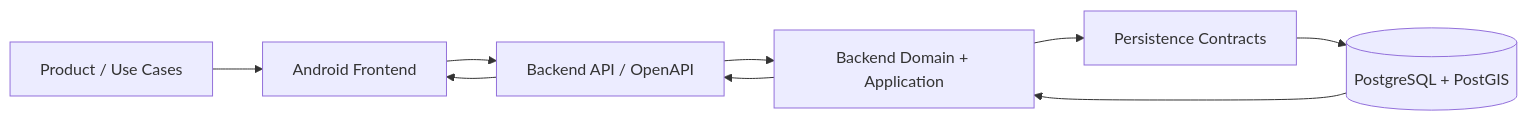
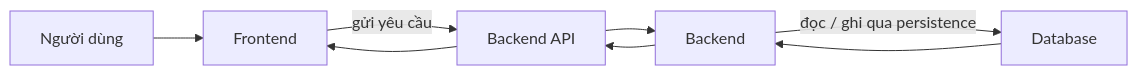
Before and after one commit to Danh20100/moibile_app: the second of 2 diagrams in docs/contexts/README.md, drawn with Mermaid. The commit also changed other lines of this file and 9 other files, not shown here.

````diff
--- a/docs/contexts/README.md
+++ b/docs/contexts/README.md
@@ -49,11 +66,10 @@
 ```mermaid
 flowchart LR
-    P[Product / Use Cases] --> FE[Android Frontend]
-    FE --> API[Backend API / OpenAPI]
-    API --> BE[Backend Domain + Application]
-    BE --> PORT[Persistence Contracts]
-    PORT --> DB[(PostgreSQL + PostGIS)]
+    U["Người dùng"] --> FE["Frontend"]
+    FE -->|"gửi yêu cầu"| API["Backend API"]
+    API --> BE["Backend"]
+    BE -->|"đọc / ghi qua persistence"| DB["Database"]
     DB --> BE
     BE --> API
     API --> FE
 ```
````
